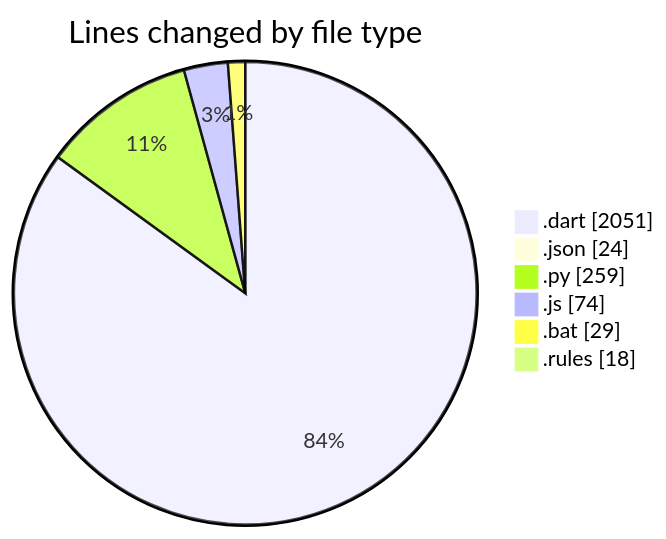
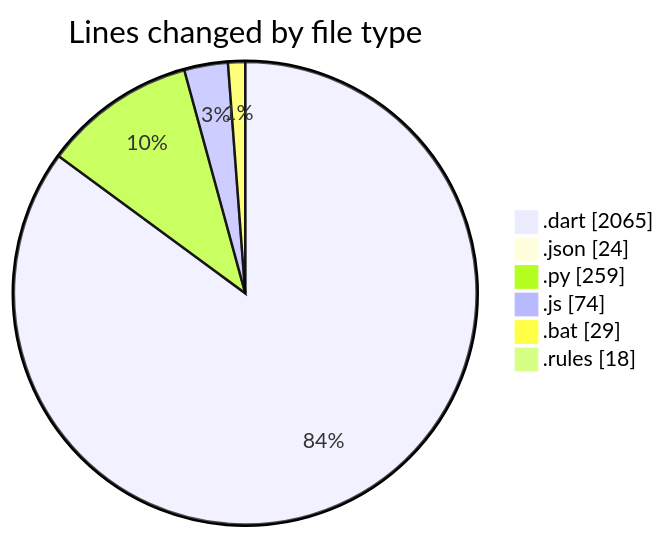
Before and after one commit to lephambinh05/code-tracking: the first of 2 diagrams in 2025-08-04/studybuddy/README.md, drawn with Mermaid. The commit also changed other lines of this file and 1 other file, not shown here.

````diff
--- a/2025-08-04/studybuddy/README.md
+++ b/2025-08-04/studybuddy/README.md
@@ -44,10 +44,10 @@
 ```mermaid
 pie showData
 title Lines changed by file type
-".dart" : 2051
+".dart" : 2065
 ".json" : 24
 ".py" : 259
 ".js" : 74
 ".bat" : 29
 ".rules" : 18
 ```
````
